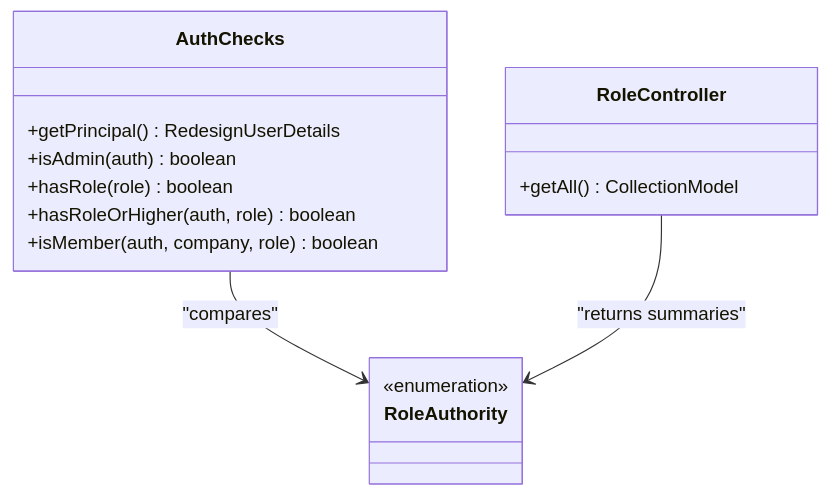
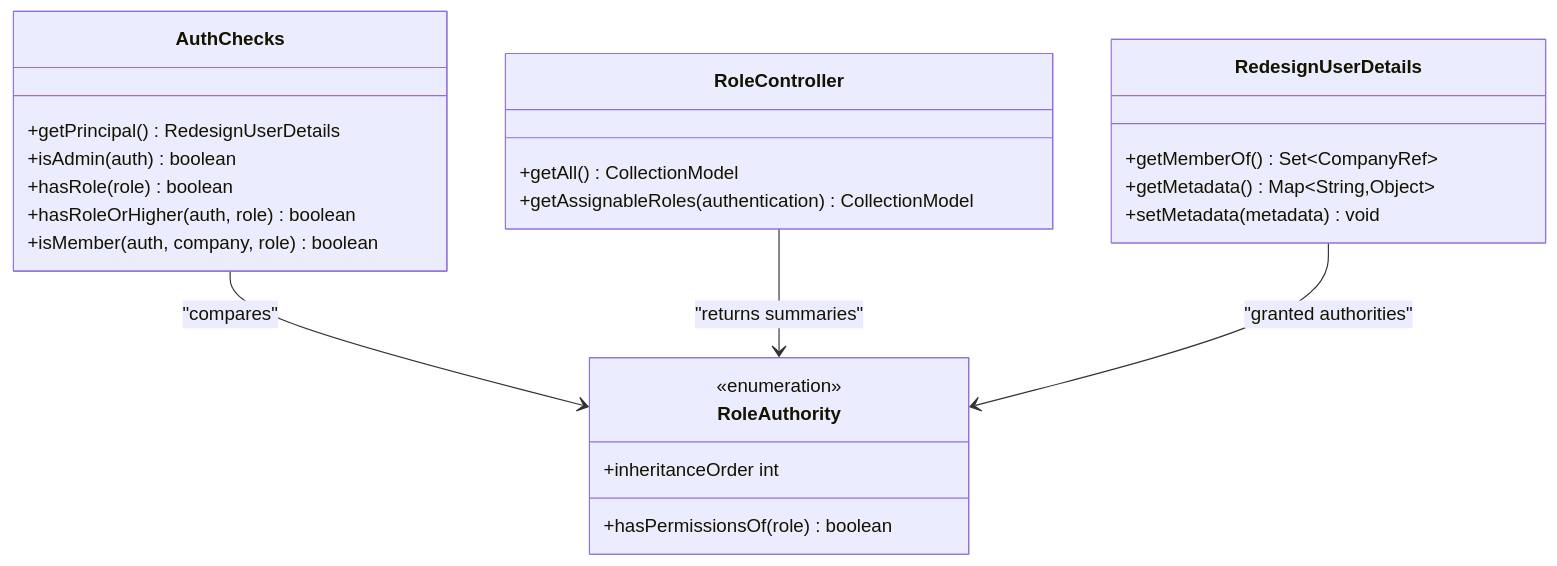
Before and after one commit to effinrich/rh-nx-monorepo: the sixth of 8 diagrams in .qoder/repowiki/en/content/Authentication & Authorization.md, drawn with Mermaid. The commit also changed other lines of this file and 130 other files, not shown here.

````diff
--- a/.qoder/repowiki/en/content/Authentication & Authorization.md
+++ b/.qoder/repowiki/en/content/Authentication & Authorization.md
@@ -219,18 +266,27 @@
 ```mermaid
 classDiagram
 class RoleAuthority {
 <<enumeration>>
++hasPermissionsOf(role) boolean
++inheritanceOrder int
 }
 class AuthChecks {
 +getPrincipal() RedesignUserDetails
 +isAdmin(auth) boolean
 +hasRole(role) boolean
 +hasRoleOrHigher(auth, role) boolean
 +isMember(auth, company, role) boolean
 }
 class RoleController {
 +getAll() CollectionModel
++getAssignableRoles(authentication) CollectionModel
+}
+class RedesignUserDetails {
++getMemberOf() Set~CompanyRef~
++getMetadata() Map~String,Object~
++setMetadata(metadata) void
 }
 AuthChecks --> RoleAuthority : "compares"
 RoleController --> RoleAuthority : "returns summaries"
+RedesignUserDetails --> RoleAuthority : "granted authorities"
 ```
````
